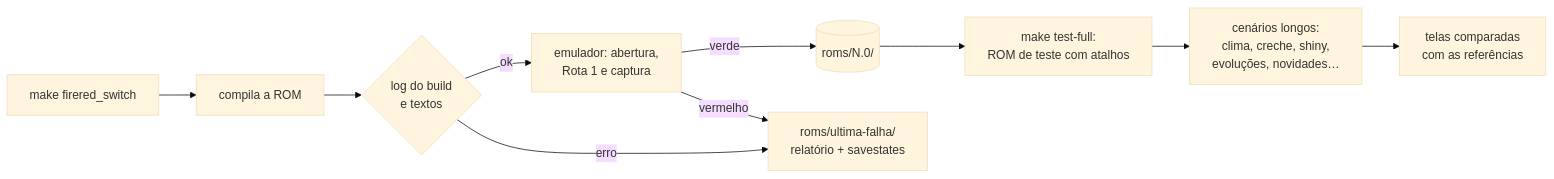
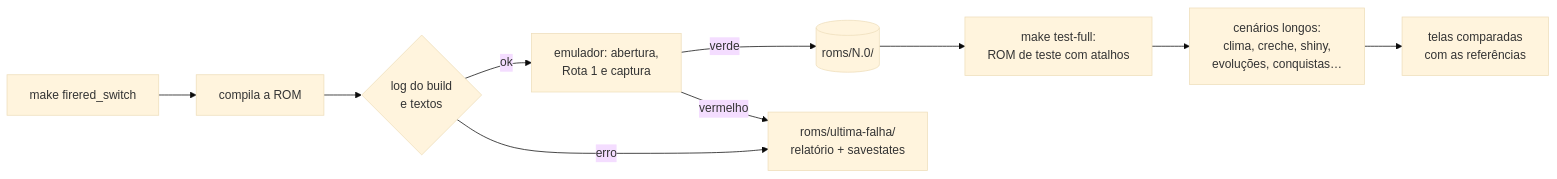
The diagram in README.md (CintraB/pokefirered-hack), drawn with Mermaid (base theme) before and after one commit. The commit also changed other lines of this file and 9 other files, not shown here.

First line of the commit message:
test(esteira): cenário conquistas, cartão de novidades e README (POK-44)

````diff
--- a/README.md
+++ b/README.md
@@ -228,12 +248,12 @@
 ```mermaid
 flowchart LR
     A[make firered_switch] --> B[compila a ROM]
     B --> C{log do build<br>e textos}
     C -->|ok| D[emulador: abertura,<br>Rota 1 e captura]
     D -->|verde| E[(roms/N.0/)]
     C -->|erro| F[roms/ultima-falha/<br>relatório + savestates]
     D -->|vermelho| F
     E --> G[make test-full:<br>ROM de teste com atalhos]
-    G --> H[cenários longos:<br>clima, creche, shiny,<br>evoluções, novidades…]
+    G --> H[cenários longos:<br>clima, creche, shiny,<br>evoluções, conquistas…]
     H --> I[telas comparadas<br>com as referências]
 ```
````
